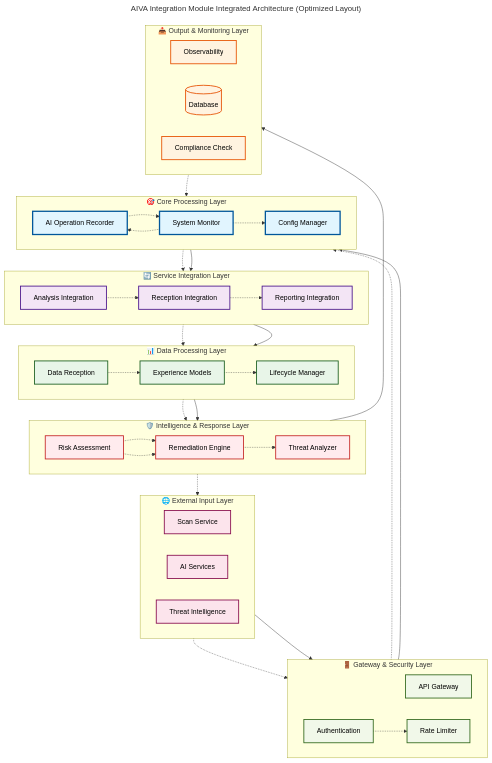
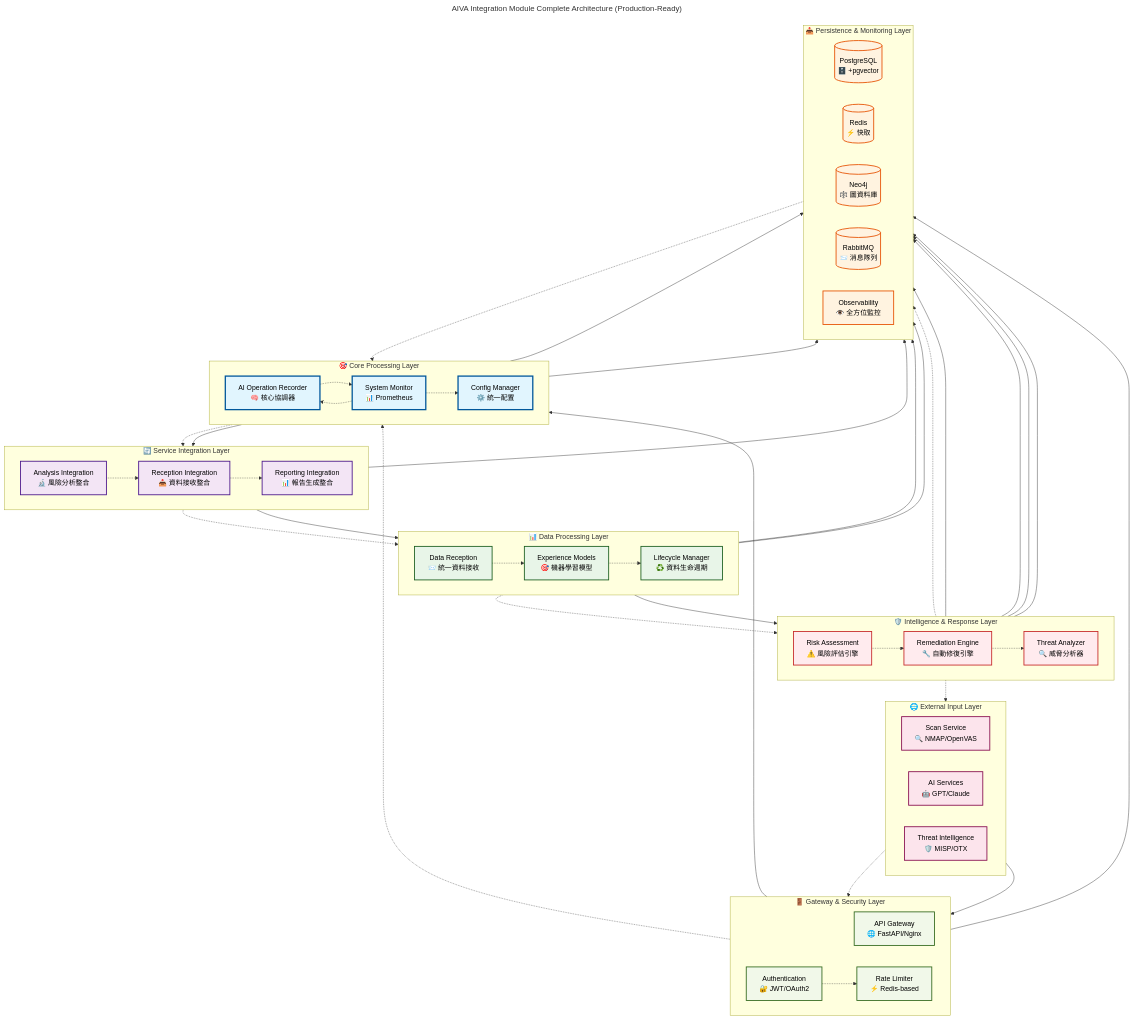
One commit to kyle0527/AIVA changed the diagram in services/integration/README.md. Above: the diagram before and after it, drawn with Mermaid. The commit also changed other lines of this file and 565 other files, not shown here.

First line of the commit message:
feat: Implement Unified Storage Adapter for AIVA integration and add startup scripts for Docker Compose

````diff
--- a/services/integration/README.md
+++ b/services/integration/README.md
@@ -168,67 +245,69 @@
 ```mermaid
 ---
-title: AIVA Integration Module Integrated Architecture (Optimized Layout)
+title: AIVA Integration Module Complete Architecture (Production-Ready)
 ---
 flowchart TD
-    %% ========== 垂直分層架構 (減少斜線) ==========
+    %% ========== 垂直分層架構 (完整版) ==========
     
     %% Layer 1: External Input
     subgraph L1["🌐 External Input Layer"]
         direction LR
-        SCAN_SVC["Scan Service"]
-        AI_SVC["AI Services"]
-        THREAT_INTEL["Threat Intelligence"]
+        SCAN_SVC["Scan Service<br/>🔍 NMAP/OpenVAS"]
+        AI_SVC["AI Services<br/>🤖 GPT/Claude"]
+        THREAT_INTEL["Threat Intelligence<br/>🛡️ MISP/OTX"]
     end
 
     %% Layer 2: Gateway & Security
     subgraph L2["🚪 Gateway & Security Layer"]
         direction LR
-        API_GATEWAY["API Gateway"]
-        AUTH_SVC["Authentication"]
-        RATE_LIMITER["Rate Limiter"]
+        API_GATEWAY["API Gateway<br/>🌐 FastAPI/Nginx"]
+        AUTH_SVC["Authentication<br/>🔐 JWT/OAuth2"]
+        RATE_LIMITER["Rate Limiter<br/>⚡ Redis-based"]
     end
     
     %% Layer 3: Core Processing
     subgraph L3["🎯 Core Processing Layer"]
         direction LR
-        AI_RECORDER["AI Operation Recorder"]
-        SYS_MONITOR["System Monitor"]
-        CONFIG_MGR["Config Manager"]
+        AI_RECORDER["AI Operation Recorder<br/>🧠 核心協調器"]
+        SYS_MONITOR["System Monitor<br/>📊 Prometheus"]
+        CONFIG_MGR["Config Manager<br/>⚙️ 統一配置"]
     end
     
     %% Layer 4: Service Integration
     subgraph L4["🔄 Service Integration Layer"]
         direction LR
-        ANALYSIS_INT["Analysis Integration"]
-        RECEPTION_INT["Reception Integration"]
-        REPORTING_INT["Reporting Integration"]
+        ANALYSIS_INT["Analysis Integration<br/>🔬 風險分析整合"]
+        RECEPTION_INT["Reception Integration<br/>📥 資料接收整合"]
+        REPORTING_INT["Reporting Integration<br/>📊 報告生成整合"]
     end
     
     %% Layer 5: Data & Processing
     subgraph L5["📊 Data Processing Layer"]
         direction LR
-        DATA_RECEPTION["Data Reception"]
-        EXPERIENCE_MODELS["Experience Models"]
-        LIFECYCLE_MGR["Lifecycle Manager"]
+        DATA_RECEPTION["Data Reception<br/>📨 統一資料接收"]
+        EXPERIENCE_MODELS["Experience Models<br/>🎯 機器學習模型"]
+        LIFECYCLE_MGR["Lifecycle Manager<br/>♻️ 資料生命週期"]
     end
     
     %% Layer 6: Intelligence & Response
     subgraph L6["🛡️ Intelligence & Response Layer"]
         direction LR
-        RISK_ASSESSMENT["Risk Assessment"]
-        REMEDIATION_ENGINE["Remediation Engine"]
-        THREAT_ANALYZER["Threat Analyzer"]
+        RISK_ASSESSMENT["Risk Assessment<br/>⚠️ 風險評估引擎"]
+        REMEDIATION_ENGINE["Remediation Engine<br/>🔧 自動修復引擎"]
+        THREAT_ANALYZER["Threat Analyzer<br/>🔍 威脅分析器"]
     end
     
-    %% Layer 7: Output & Monitoring
-    subgraph L7["📤 Output & Monitoring Layer"]
+    %% Layer 7: Persistence & Monitoring
+    subgraph L7["📤 Persistence & Monitoring Layer"]
         direction LR
-        OBSERVABILITY["Observability"]
-        DB_SVC[("Database")]
-        COMPLIANCE_CHECK["Compliance Check"]
+        POSTGRES[("PostgreSQL<br/>🗄️ +pgvector")]
+        REDIS[("Redis<br/>⚡ 快取")]
+        NEO4J[("Neo4j<br/>🕸️ 圖資料庫")]
+        RABBITMQ[("RabbitMQ<br/>📨 消息隊列")]
+        OBSERVABILITY["Observability<br/>👁️ 全方位監控"]
     end
 
-    %% ========== 垂直主流程 (最小化斜線) ==========
+    %% ========== 主要資料流 ==========
     L1 --> L2
     L2 --> L3
     L3 --> L4
@@ -236,15 +315,15 @@
     L5 --> L6
     L6 --> L7
     
-    %% ========== 關鍵路徑 (垂直對齊) ==========
+    %% ========== 關鍵整合路徑 ==========
     SCAN_SVC -.-> API_GATEWAY
     API_GATEWAY -.-> AI_RECORDER
     AI_RECORDER -.-> ANALYSIS_INT
     ANALYSIS_INT -.-> DATA_RECEPTION
     DATA_RECEPTION -.-> RISK_ASSESSMENT
-    RISK_ASSESSMENT -.-> REMEDIATION_ENGINE
+    RISK_ASSESSMENT -.-> POSTGRES
     
-    %% ========== 水平協作 (層內連接) ==========
+    %% ========== 跨層協作 ==========
     AUTH_SVC -.-> RATE_LIMITER
     AI_RECORDER -.-> SYS_MONITOR
     SYS_MONITOR -.-> CONFIG_MGR
@@ -258,10 +337,24 @@
     RISK_ASSESSMENT -.-> REMEDIATION_ENGINE
     REMEDIATION_ENGINE -.-> THREAT_ANALYZER
     
-    %% ========== 回饋迴路 (短距離) ==========
+    %% ========== 監控回饋迴路 ==========
+    OBSERVABILITY -.-> SYS_MONITOR
     SYS_MONITOR -.-> AI_RECORDER
-    OBSERVABILITY -.-> SYS_MONITOR
     THREAT_ANALYZER -.-> THREAT_INTEL
+    
+    %% ========== 資料持久化 ==========
+    DATA_RECEPTION --> POSTGRES
+    EXPERIENCE_MODELS --> POSTGRES
+    RISK_ASSESSMENT --> POSTGRES
+    
+    SYS_MONITOR --> REDIS
+    RATE_LIMITER --> REDIS
+    
+    THREAT_ANALYZER --> NEO4J
+    RISK_ASSESSMENT --> NEO4J
+    
+    AI_RECORDER --> RABBITMQ
+    REPORTING_INT --> RABBITMQ
     
     %% ========== 樣式定義 ==========
     classDef layer1 fill:#fce4ec,stroke:#880e4f,stroke-width:2px,color:#000
@@ -279,5 +372,5 @@
     class ANALYSIS_INT,RECEPTION_INT,REPORTING_INT layer4
     class DATA_RECEPTION,EXPERIENCE_MODELS,LIFECYCLE_MGR layer5
     class RISK_ASSESSMENT,REMEDIATION_ENGINE,THREAT_ANALYZER layer6
-    class OBSERVABILITY,DB_SVC,COMPLIANCE_CHECK layer7
+    class POSTGRES,REDIS,NEO4J,RABBITMQ,OBSERVABILITY layer7
 ```
````
